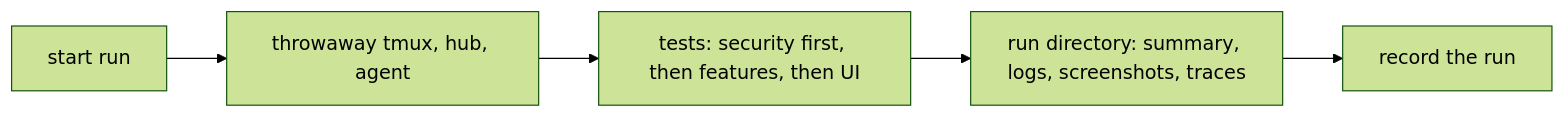
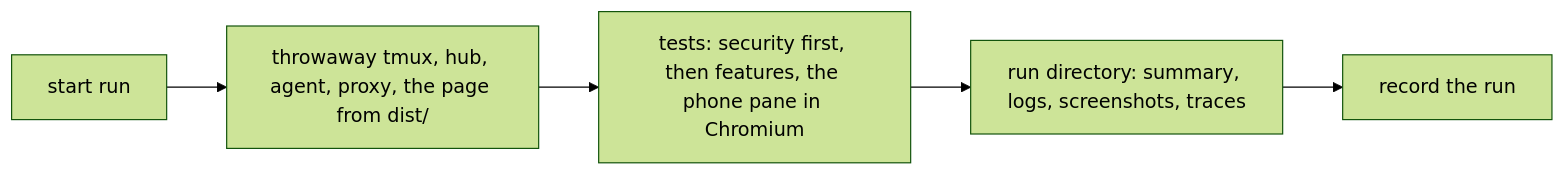
One commit to notmarkopadjen/muxway-glasses-even changed the first of 2 diagrams in docs/testing.md. Above: the diagram before and after it, drawn with Mermaid (forest theme). The commit also changed other lines of this file and 38 other files, not shown here.

First line of the commit message:
The first glasses client: panes, a pane, fixed answers, notifications

````diff
--- a/docs/testing.md
+++ b/docs/testing.md
@@ -16,7 +32,7 @@
 ```mermaid
 flowchart LR
-    S[start run] --> E[throwaway tmux, hub, agent]
-    E --> T[tests: security first, then features, then UI]
+    S[start run] --> E[throwaway tmux, hub, agent, proxy, the page from dist/]
+    E --> T[tests: security first, then features, the phone pane in Chromium]
     T --> D[run directory: summary, logs, screenshots, traces]
     D --> R[record the run]
 ```
````
